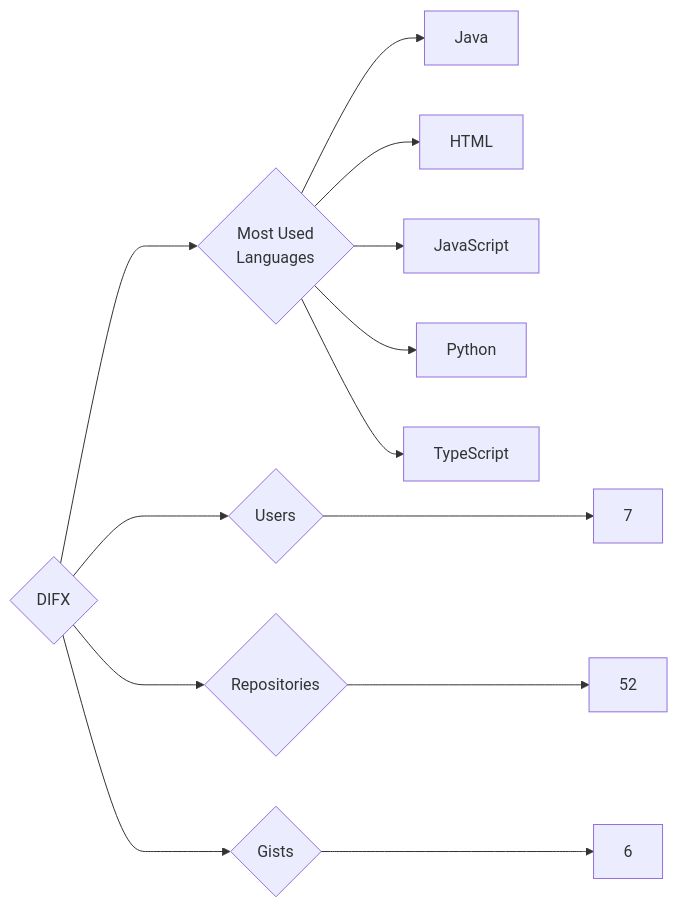
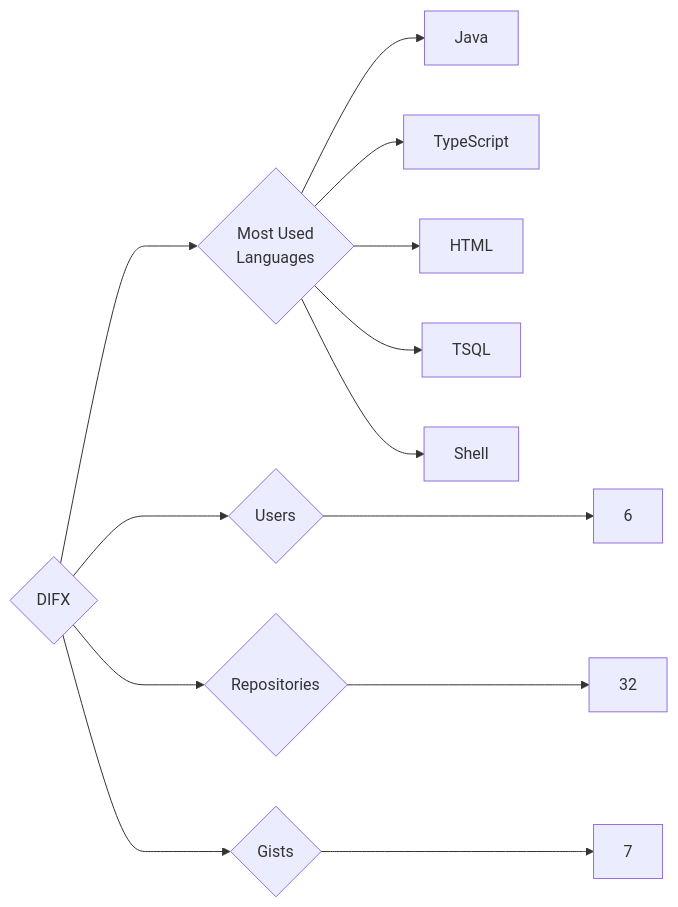
Before and after one commit to trickest/insiders: the diagram in targets/DIFX/README.md, drawn with Mermaid. The commit also changed 1166 other files, not shown here.

````diff
--- a/targets/DIFX/README.md
+++ b/targets/DIFX/README.md
@@ -3,13 +3,13 @@
 ```mermaid
 graph LR
 COMPANY_NAME{DIFX}
-COMPANY_NAME ---> U{Users} ---> UN[7]
-COMPANY_NAME ---> R{Repositories} ---> RN[52]
-COMPANY_NAME ---> G{Gists} ---> GN[6]
+COMPANY_NAME ---> U{Users} ---> UN[6]
+COMPANY_NAME ---> R{Repositories} ---> RN[32]
+COMPANY_NAME ---> G{Gists} ---> GN[7]
 COMPANY_NAME ---> ML{Most Used<br>Languages}
 ML --> Java[Java]
+ML --> TypeScript[TypeScript]
 ML --> HTML[HTML]
-ML --> JavaScript[JavaScript]
-ML --> Python[Python]
-ML --> TypeScript[TypeScript]
+ML --> TSQL[TSQL]
+ML --> Shell[Shell]
 ```
````
